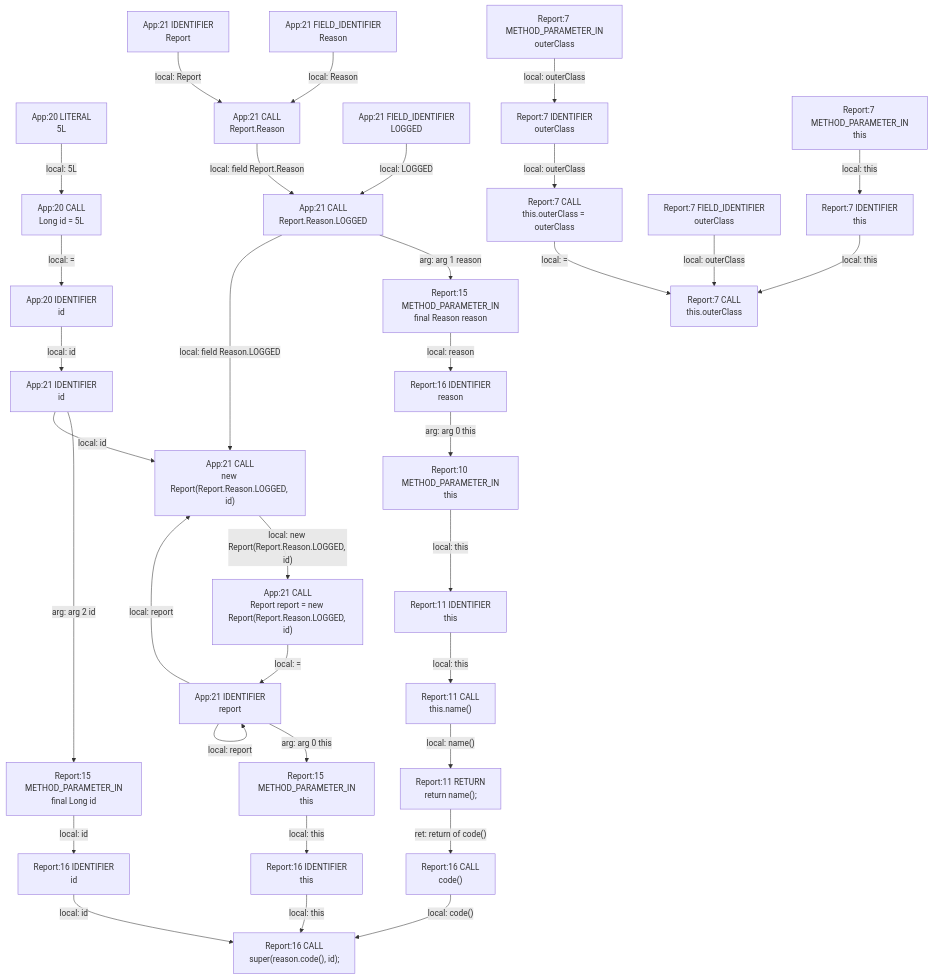
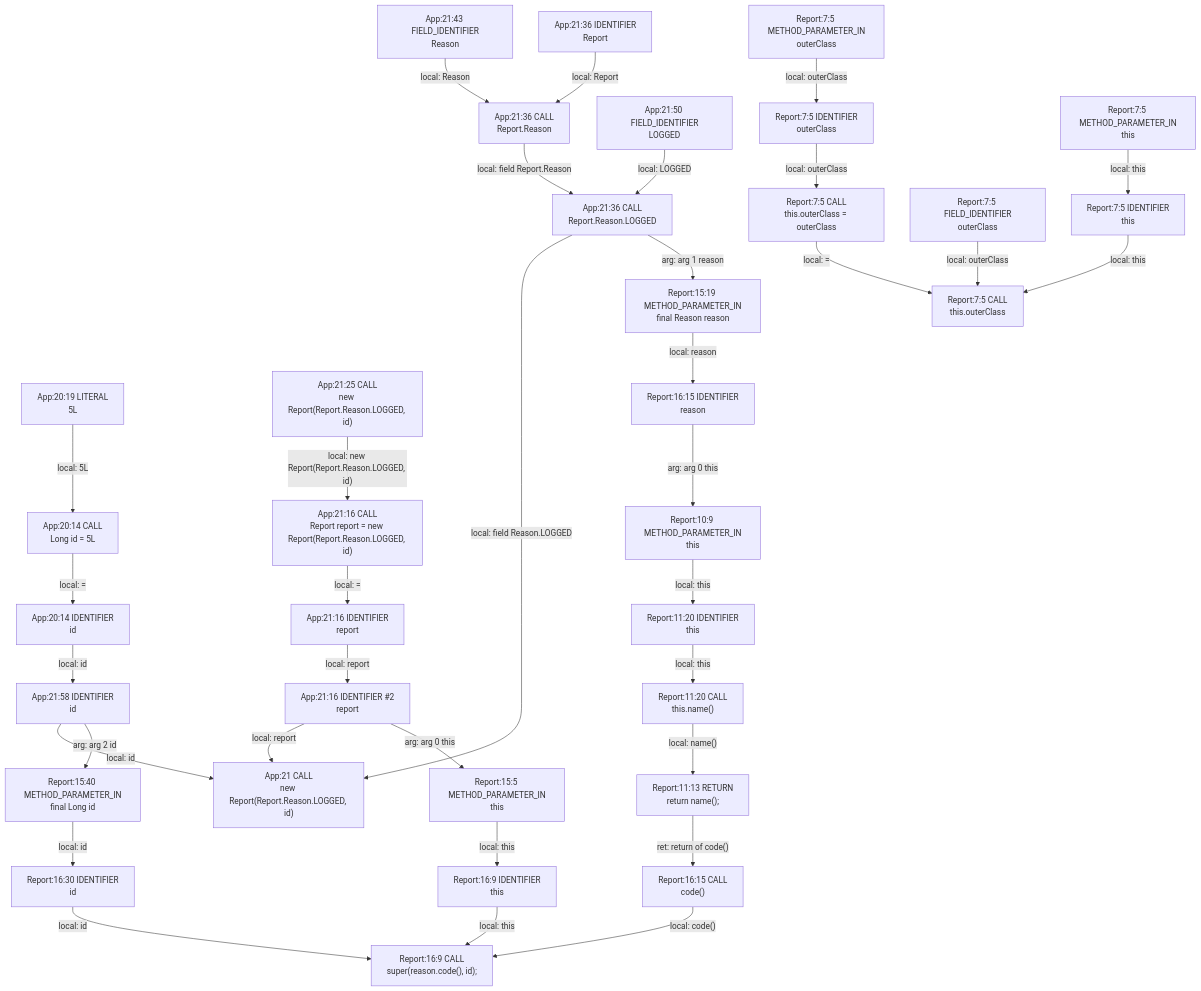
The diagram in app/src/test/resources/unattributedParameter/spike-truth.md (gstiebler/codeflow), drawn with Mermaid before and after one commit. The commit also changed 154 other files, not shown here.

````diff
--- a/app/src/test/resources/unattributedParameter/spike-truth.md
+++ b/app/src/test/resources/unattributedParameter/spike-truth.md
@@ -3,67 +3,69 @@
 ```mermaid
 flowchart TD
-  n0["App:20 CALL<br/>Long id = 5L"]
-  n1["App:20 IDENTIFIER<br/>id"]
-  n2["App:20 LITERAL<br/>5L"]
-  n3["App:21 CALL<br/>Report report = new Report(Report.Reason.LOGGED, id)"]
-  n4["App:21 CALL<br/>Report.Reason"]
-  n5["App:21 CALL<br/>Report.Reason.LOGGED"]
-  n6["App:21 CALL<br/>new Report(Report.Reason.LOGGED, id)"]
-  n7["App:21 FIELD_IDENTIFIER<br/>LOGGED"]
-  n8["App:21 FIELD_IDENTIFIER<br/>Reason"]
-  n9["App:21 IDENTIFIER<br/>Report"]
-  n10["App:21 IDENTIFIER<br/>id"]
-  n11["App:21 IDENTIFIER<br/>report"]
-  n12["Report:10 METHOD_PARAMETER_IN<br/>this"]
-  n13["Report:11 CALL<br/>this.name()"]
-  n14["Report:11 IDENTIFIER<br/>this"]
-  n15["Report:11 RETURN<br/>return name();"]
-  n16["Report:15 METHOD_PARAMETER_IN<br/>final Long id"]
-  n17["Report:15 METHOD_PARAMETER_IN<br/>final Reason reason"]
-  n18["Report:15 METHOD_PARAMETER_IN<br/>this"]
-  n19["Report:16 CALL<br/>code()"]
-  n20["Report:16 CALL<br/>super(reason.code(), id);"]
-  n21["Report:16 IDENTIFIER<br/>id"]
-  n22["Report:16 IDENTIFIER<br/>reason"]
-  n23["Report:16 IDENTIFIER<br/>this"]
-  n24["Report:7 CALL<br/>this.outerClass"]
-  n25["Report:7 CALL<br/>this.outerClass = outerClass"]
-  n26["Report:7 FIELD_IDENTIFIER<br/>outerClass"]
-  n27["Report:7 IDENTIFIER<br/>outerClass"]
-  n28["Report:7 IDENTIFIER<br/>this"]
-  n29["Report:7 METHOD_PARAMETER_IN<br/>outerClass"]
-  n30["Report:7 METHOD_PARAMETER_IN<br/>this"]
+  n0["App:20:14 CALL<br/>Long id = 5L"]
+  n1["App:20:14 IDENTIFIER<br/>id"]
+  n2["App:20:19 LITERAL<br/>5L"]
+  n3["App:21 CALL<br/>new Report(Report.Reason.LOGGED, id)"]
+  n4["App:21:16 CALL<br/>Report report = new Report(Report.Reason.LOGGED, id)"]
+  n5["App:21:16 IDENTIFIER #2<br/>report"]
+  n6["App:21:16 IDENTIFIER<br/>report"]
+  n7["App:21:25 CALL<br/>new Report(Report.Reason.LOGGED, id)"]
+  n8["App:21:36 CALL<br/>Report.Reason"]
+  n9["App:21:36 CALL<br/>Report.Reason.LOGGED"]
+  n10["App:21:36 IDENTIFIER<br/>Report"]
+  n11["App:21:43 FIELD_IDENTIFIER<br/>Reason"]
+  n12["App:21:50 FIELD_IDENTIFIER<br/>LOGGED"]
+  n13["App:21:58 IDENTIFIER<br/>id"]
+  n14["Report:10:9 METHOD_PARAMETER_IN<br/>this"]
+  n15["Report:11:13 RETURN<br/>return name();"]
+  n16["Report:11:20 CALL<br/>this.name()"]
+  n17["Report:11:20 IDENTIFIER<br/>this"]
+  n18["Report:15:19 METHOD_PARAMETER_IN<br/>final Reason reason"]
+  n19["Report:15:40 METHOD_PARAMETER_IN<br/>final Long id"]
+  n20["Report:15:5 METHOD_PARAMETER_IN<br/>this"]
+  n21["Report:16:15 CALL<br/>code()"]
+  n22["Report:16:15 IDENTIFIER<br/>reason"]
+  n23["Report:16:30 IDENTIFIER<br/>id"]
+  n24["Report:16:9 CALL<br/>super(reason.code(), id);"]
+  n25["Report:16:9 IDENTIFIER<br/>this"]
+  n26["Report:7:5 CALL<br/>this.outerClass"]
+  n27["Report:7:5 CALL<br/>this.outerClass = outerClass"]
+  n28["Report:7:5 FIELD_IDENTIFIER<br/>outerClass"]
+  n29["Report:7:5 IDENTIFIER<br/>outerClass"]
+  n30["Report:7:5 IDENTIFIER<br/>this"]
+  n31["Report:7:5 METHOD_PARAMETER_IN<br/>outerClass"]
+  n32["Report:7:5 METHOD_PARAMETER_IN<br/>this"]
   n0 -->|"local: ="| n1
-  n1 -->|"local: id"| n10
-  n10 -->|"arg: arg 2 id"| n16
-  n10 -->|"local: id"| n6
-  n11 -->|"arg: arg 0 this"| n18
-  n11 -->|"local: report"| n11
-  n11 -->|"local: report"| n6
-  n12 -->|"local: this"| n14
-  n13 -->|"local: name()"| n15
-  n14 -->|"local: this"| n13
-  n15 -->|"ret: return of code()"| n19
-  n16 -->|"local: id"| n21
-  n17 -->|"local: reason"| n22
-  n18 -->|"local: this"| n23
-  n19 -->|"local: code()"| n20
+  n1 -->|"local: id"| n13
+  n10 -->|"local: Report"| n8
+  n11 -->|"local: Reason"| n8
+  n12 -->|"local: LOGGED"| n9
+  n13 -->|"arg: arg 2 id"| n19
+  n13 -->|"local: id"| n3
+  n14 -->|"local: this"| n17
+  n15 -->|"ret: return of code()"| n21
+  n16 -->|"local: name()"| n15
+  n17 -->|"local: this"| n16
+  n18 -->|"local: reason"| n22
+  n19 -->|"local: id"| n23
   n2 -->|"local: 5L"| n0
-  n21 -->|"local: id"| n20
-  n22 -->|"arg: arg 0 this"| n12
-  n23 -->|"local: this"| n20
-  n25 -->|"local: ="| n24
-  n26 -->|"local: outerClass"| n24
-  n27 -->|"local: outerClass"| n25
-  n28 -->|"local: this"| n24
+  n20 -->|"local: this"| n25
+  n21 -->|"local: code()"| n24
+  n22 -->|"arg: arg 0 this"| n14
+  n23 -->|"local: id"| n24
+  n25 -->|"local: this"| n24
+  n27 -->|"local: ="| n26
+  n28 -->|"local: outerClass"| n26
   n29 -->|"local: outerClass"| n27
-  n3 -->|"local: ="| n11
-  n30 -->|"local: this"| n28
-  n4 -->|"local: field Report.Reason"| n5
-  n5 -->|"arg: arg 1 reason"| n17
-  n5 -->|"local: field Reason.LOGGED"| n6
-  n6 -->|"local: new Report(Report.Reason.LOGGED, id)"| n3
-  n7 -->|"local: LOGGED"| n5
-  n8 -->|"local: Reason"| n4
-  n9 -->|"local: Report"| n4
+  n30 -->|"local: this"| n26
+  n31 -->|"local: outerClass"| n29
+  n32 -->|"local: this"| n30
+  n4 -->|"local: ="| n6
+  n5 -->|"arg: arg 0 this"| n20
+  n5 -->|"local: report"| n3
+  n6 -->|"local: report"| n5
+  n7 -->|"local: new Report(Report.Reason.LOGGED, id)"| n4
+  n8 -->|"local: field Report.Reason"| n9
+  n9 -->|"arg: arg 1 reason"| n18
+  n9 -->|"local: field Reason.LOGGED"| n3
 ```
````
